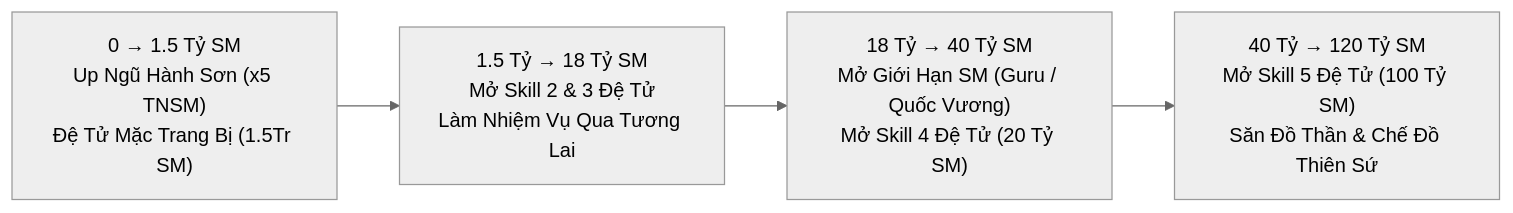
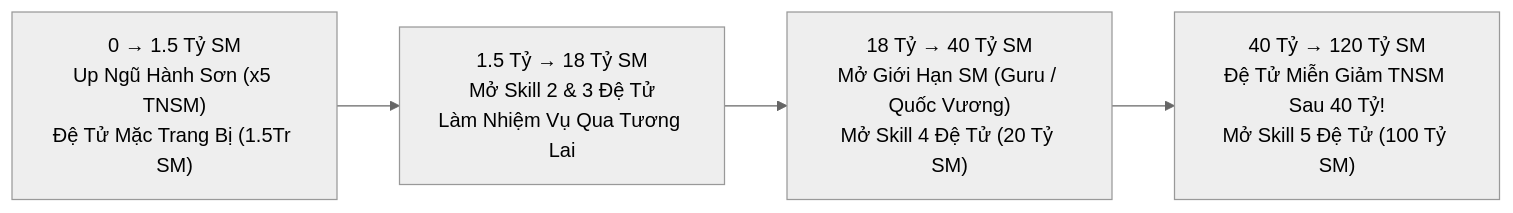
One commit to VIAM-Ngoc-rong/NRO changed the third of 3 diagrams in README.md. Above: the diagram before and after it, drawn with Mermaid (neutral theme). The commit also changed other lines of this file and 2 other files, not shown here.

````diff
--- a/README.md
+++ b/README.md
@@ -399,6 +411,6 @@
 ```mermaid
 flowchart LR
     M1["0 → 1.5 Tỷ SM\nUp Ngũ Hành Sơn (x5 TNSM)\nĐệ Tử Mặc Trang Bị (1.5Tr SM)"] --> M2["1.5 Tỷ → 18 Tỷ SM\nMở Skill 2 & 3 Đệ Tử\nLàm Nhiệm Vụ Qua Tương Lai"]
     M2 --> M3["18 Tỷ → 40 Tỷ SM\nMở Giới Hạn SM (Guru / Quốc Vương)\nMở Skill 4 Đệ Tử (20 Tỷ SM)"]
-    M3 --> M4["40 Tỷ → 120 Tỷ SM\nMở Skill 5 Đệ Tử (100 Tỷ SM)\nSăn Đồ Thần & Chế Đồ Thiên Sứ"]
+    M3 --> M4["40 Tỷ → 120 Tỷ SM\nĐệ Tử Miễn Giảm TNSM Sau 40 Tỷ!\nMở Skill 5 Đệ Tử (100 Tỷ SM)"]
 ```
````
